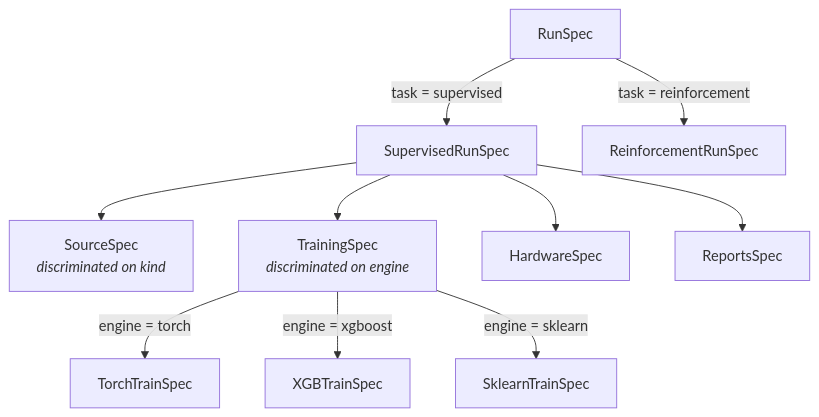
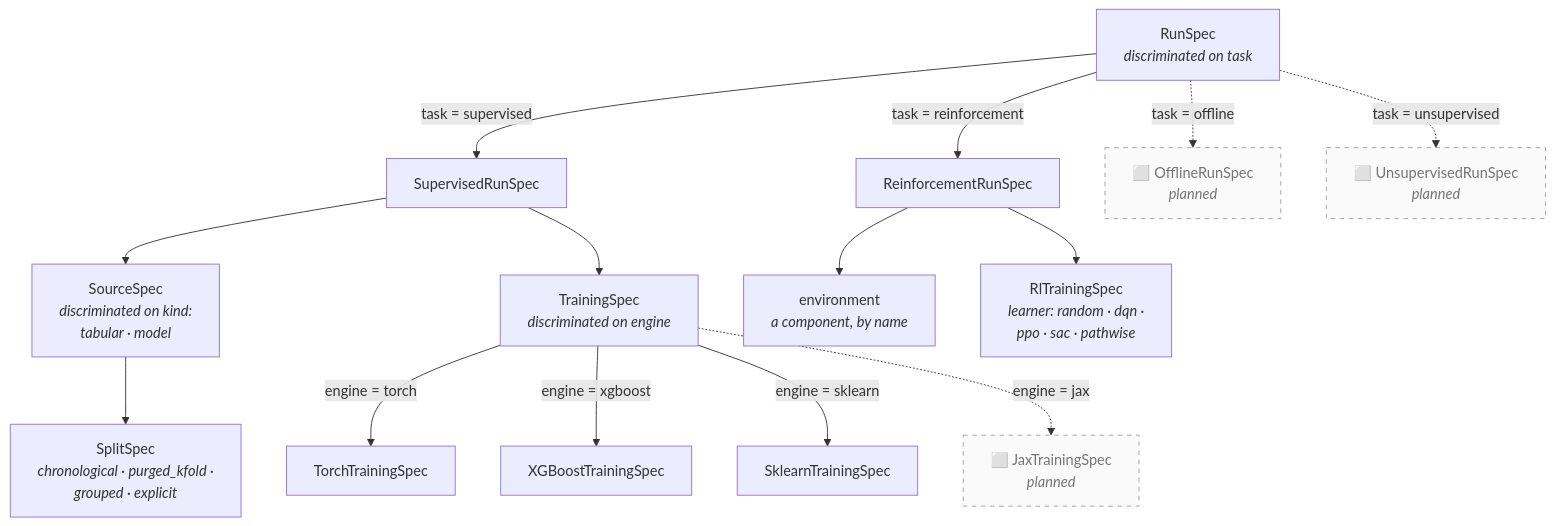
The fifth of 18 diagrams in src/rade_qnet/docs/ARCHITECTURE.md (JStevens95/QuantStrata), drawn with Mermaid before and after one commit. The commit also changed other lines of this file and 2 other files, not shown here.

First line of the commit message:
Bring ARCHITECTURE.md up to date, and mark what is planned

````diff
--- a/src/rade_qnet/docs/ARCHITECTURE.md
+++ b/src/rade_qnet/docs/ARCHITECTURE.md
@@ -219,15 +231,23 @@
 ```mermaid
 flowchart TD
-    RS["RunSpec"]
+    RS["RunSpec<br/><i>discriminated on task</i>"]
     RS -->|"task = supervised"| SUP["SupervisedRunSpec"]
     RS -->|"task = reinforcement"| RL["ReinforcementRunSpec"]
+    RS -.->|"task = offline"| OFF["⬜ OfflineRunSpec<br/><i>planned</i>"]
+    RS -.->|"task = unsupervised"| UNS["⬜ UnsupervisedRunSpec<br/><i>planned</i>"]
 
-    SUP --> SRC["SourceSpec<br/><i>discriminated on kind</i>"]
+    SUP --> SRC["SourceSpec<br/><i>discriminated on kind:<br/>tabular · model</i>"]
     SUP --> TR["TrainingSpec<br/><i>discriminated on engine</i>"]
-    SUP --> HW["HardwareSpec"]
-    SUP --> RP["ReportsSpec"]
+    SRC --> SPL["SplitSpec<br/><i>chronological · purged_kfold ·<br/>grouped · explicit</i>"]
 
-    TR -->|"engine = torch"| TT["TorchTrainSpec"]
-    TR -->|"engine = xgboost"| XT["XGBTrainSpec"]
-    TR -->|"engine = sklearn"| ST["SklearnTrainSpec"]
+    TR -->|"engine = torch"| TT["TorchTrainingSpec"]
+    TR -->|"engine = xgboost"| XT["XGBoostTrainingSpec"]
+    TR -->|"engine = sklearn"| ST["SklearnTrainingSpec"]
+    TR -.->|"engine = jax"| JT["⬜ JaxTrainingSpec<br/><i>planned</i>"]
+
+    RL --> ENV["environment<br/><i>a component, by name</i>"]
+    RL --> RT["RlTrainingSpec<br/><i>learner: random · dqn ·<br/>ppo · sac · pathwise</i>"]
+
+    classDef planned fill:#fafafa,stroke:#9e9e9e,stroke-dasharray: 5 5,color:#757575
+    class OFF,UNS,JT planned
 ```
````
